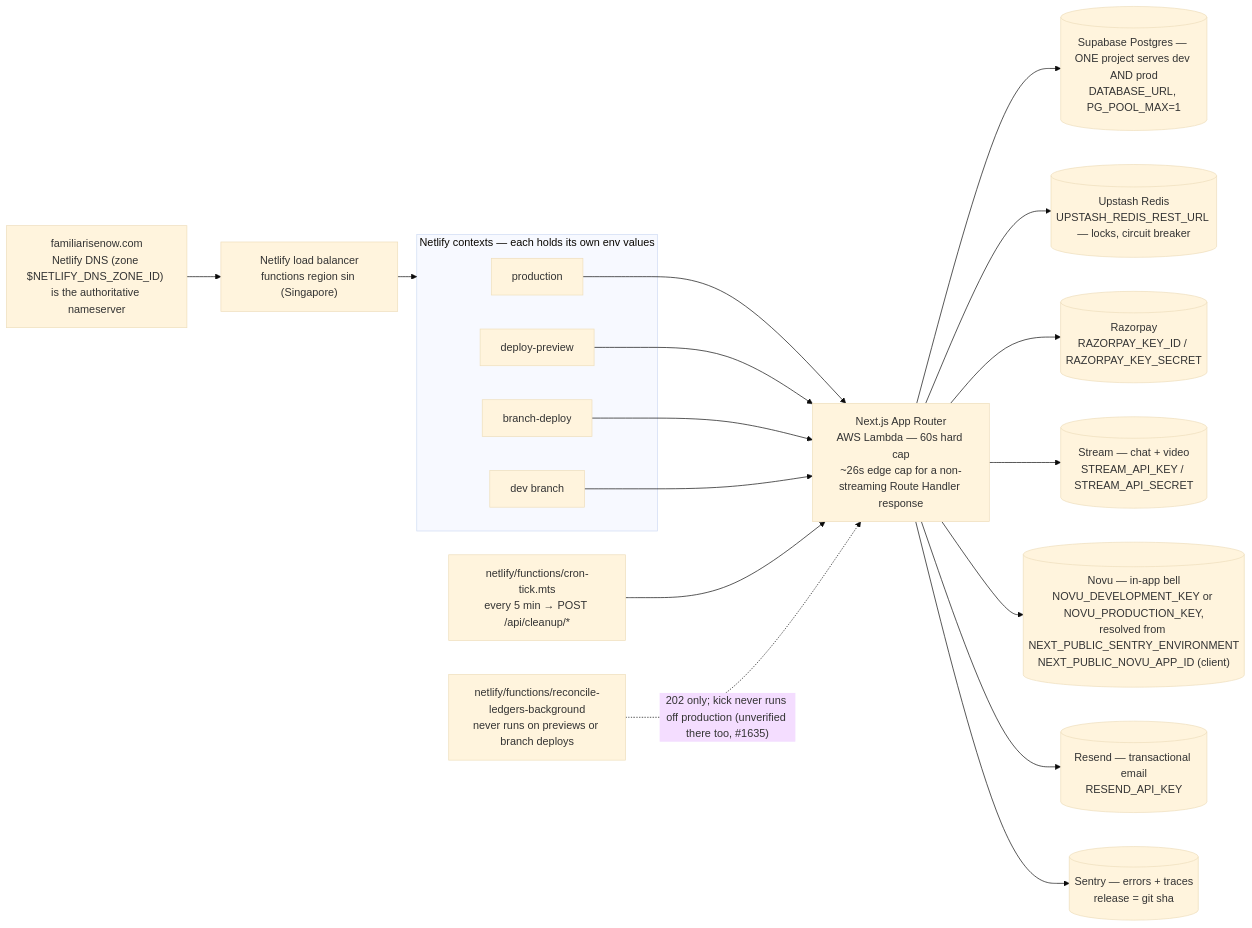
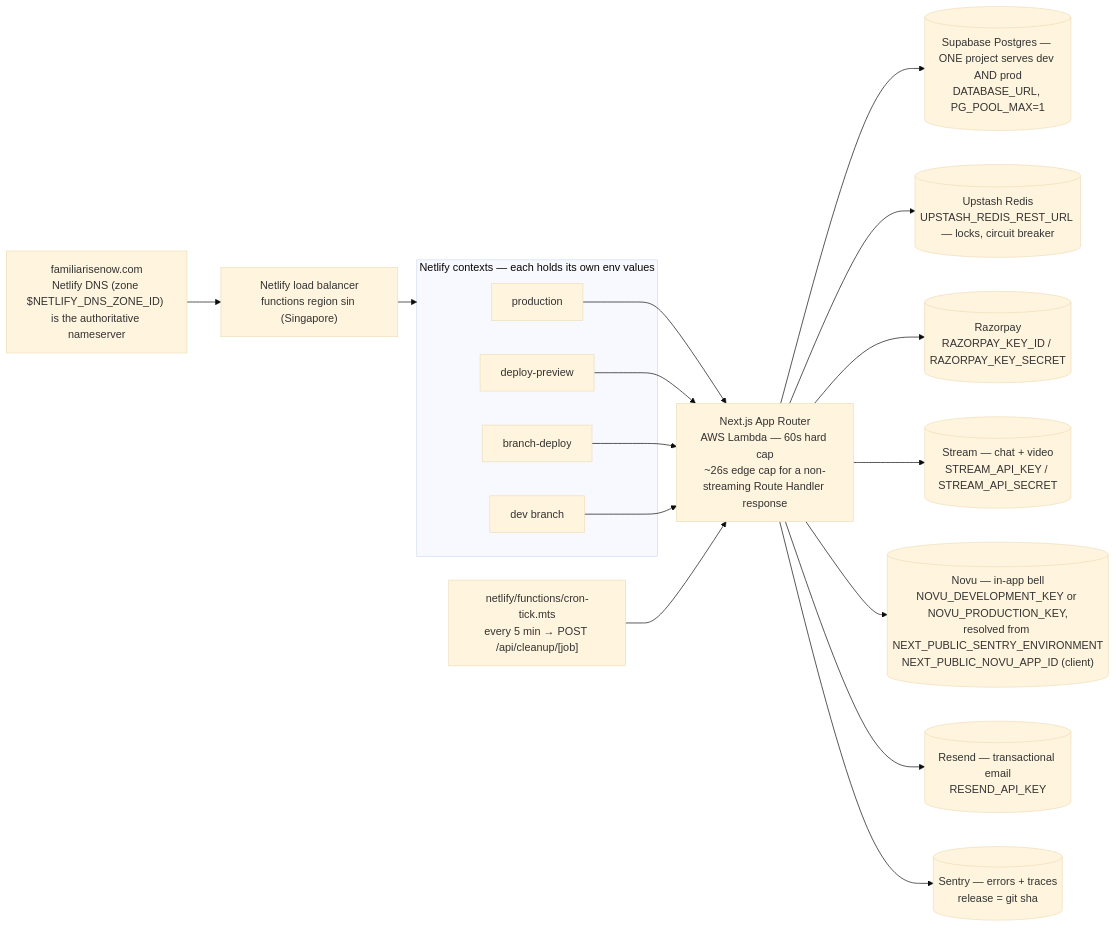
The diagram in docs/deployment/netlify.md (Practitionist/familiarise_web), drawn with Mermaid (base theme) before and after one commit. The commit also changed other lines of this file and 142 other files, not shown here.

Commit message:
chore(arch): address CodeRabbit review, enforce Zod schemas, 85/15 docs & contiguous numbering

````diff
--- a/docs/deployment/netlify.md
+++ b/docs/deployment/netlify.md
@@ -46,36 +46,34 @@
 ```mermaid
 flowchart LR
   DNS["familiarisenow.com<br/>Netlify DNS (zone $NETLIFY_DNS_ZONE_ID) is the authoritative nameserver"]
   LB["Netlify load balancer<br/>functions region sin (Singapore)"]
   subgraph Contexts["Netlify contexts — each holds its own env values"]
     PROD["production"]
     PREVIEW["deploy-preview"]
     BRANCH["branch-deploy"]
     DEV["dev branch"]
   end
   APP["Next.js App Router<br/>AWS Lambda — 60s hard cap<br/>~26s edge cap for a non-streaming Route Handler response"]
-  TICK["netlify/functions/cron-tick.mts<br/>every 5 min → POST /api/cleanup/*"]
-  BG["netlify/functions/reconcile-ledgers-background<br/>never runs on previews or branch deploys"]
+  TICK["netlify/functions/cron-tick.mts<br/>every 5 min → POST /api/cleanup/[job]"]
   DB[("Supabase Postgres — ONE project serves dev AND prod<br/>DATABASE_URL, PG_POOL_MAX=1")]
   REDIS[("Upstash Redis<br/>UPSTASH_REDIS_REST_URL — locks, circuit breaker")]
   RZP[("Razorpay<br/>RAZORPAY_KEY_ID / RAZORPAY_KEY_SECRET")]
   STREAM[("Stream — chat + video<br/>STREAM_API_KEY / STREAM_API_SECRET")]
   NOVU[("Novu — in-app bell<br/>NOVU_DEVELOPMENT_KEY or NOVU_PRODUCTION_KEY,<br/>resolved from NEXT_PUBLIC_SENTRY_ENVIRONMENT<br/>NEXT_PUBLIC_NOVU_APP_ID (client)")]
   RESEND[("Resend — transactional email<br/>RESEND_API_KEY")]
   SENTRY[("Sentry — errors + traces<br/>release = git sha")]
 
   DNS --> LB --> Contexts
   PROD --> APP
   PREVIEW --> APP
   BRANCH --> APP
   DEV --> APP
   APP --> DB
   APP --> REDIS
   APP --> RZP
   APP --> STREAM
   APP --> NOVU
   APP --> RESEND
   APP --> SENTRY
   TICK --> APP
-  BG -. "202 only; kick never runs off production (unverified there too, #1635)" .-> APP
 ```
````
